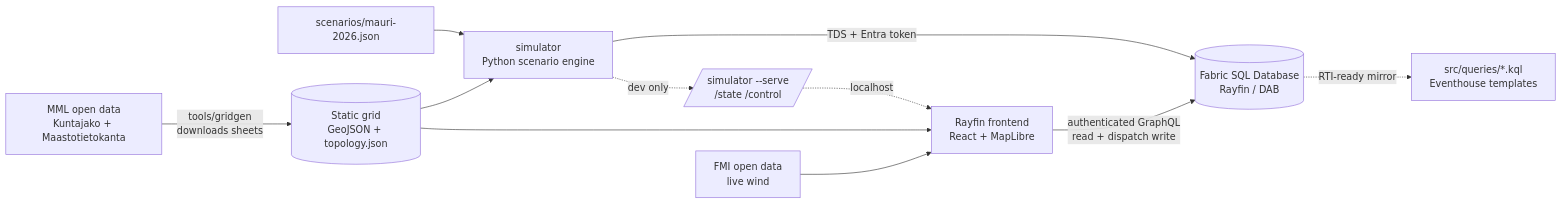
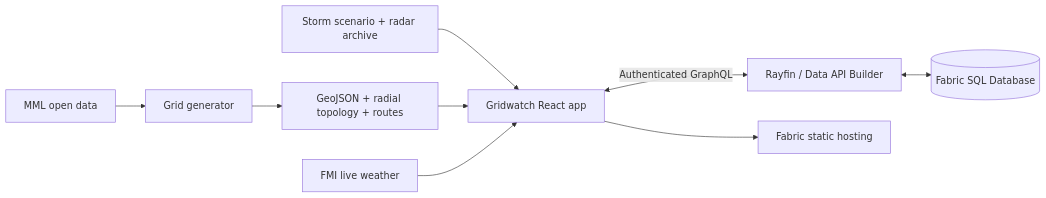
Before and after one commit to lehtomar/operation-room-rayfin: the diagram in README.md, drawn with Mermaid. The commit also changed other lines of this file and 2 other files, not shown here.

First line of the commit message:
Polish Gridwatch hackathon showcase

````diff
--- a/README.md
+++ b/README.md
@@ -78,13 +77,11 @@
 ```mermaid
 flowchart LR
-  MML[MML open data\nKuntajako + Maastotietokanta] -->|tools/gridgen\ndownloads sheets| GRID[(Static grid\nGeoJSON + topology.json)]
-  SCEN[scenarios/mauri-2026.json] --> SIM
-  GRID --> SIM[simulator\nPython scenario engine]
-  SIM -->|TDS + Entra token| DB[(Fabric SQL Database\nRayfin / DAB)]
-  UI -->|authenticated GraphQL\nread + dispatch write| DB
-  SIM -. dev only .-> DEV[/simulator --serve\n/state /control/]
-  DEV -. localhost .-> UI
-  GRID --> UI[Rayfin frontend\nReact + MapLibre]
-  FMI[FMI open data\nlive wind] --> UI
-  DB -. RTI-ready mirror .-> KQL[src/queries/*.kql\nEventhouse templates]
+  MML[MML open data] --> GEN[Grid generator]
+  GEN --> GRID[GeoJSON + radial topology + routes]
+  SCEN[Storm scenario + radar archive] --> APP
+  GRID --> APP[Gridwatch React app]
+  FMI[FMI live weather] --> APP
+  APP <-->|Authenticated GraphQL| RAYFIN[Rayfin / Data API Builder]
+  RAYFIN <--> SQL[(Fabric SQL Database)]
+  APP --> HOST[Fabric static hosting]
 ```
````
